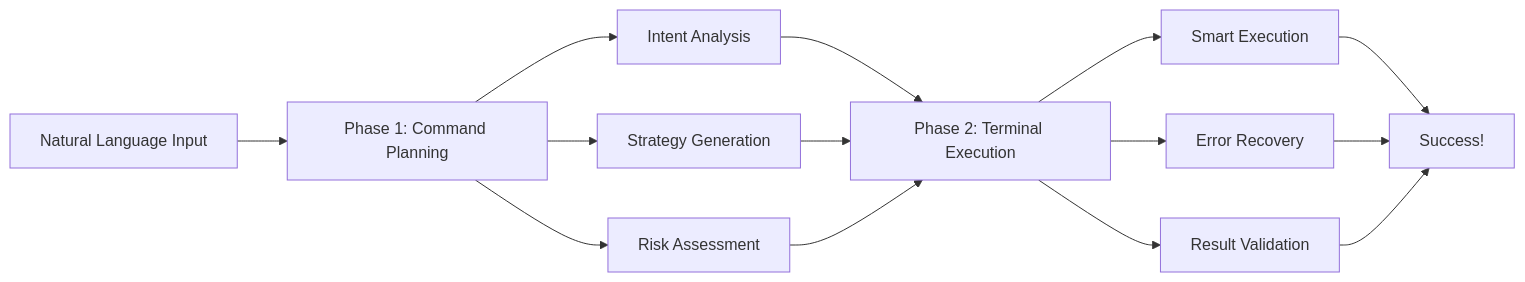
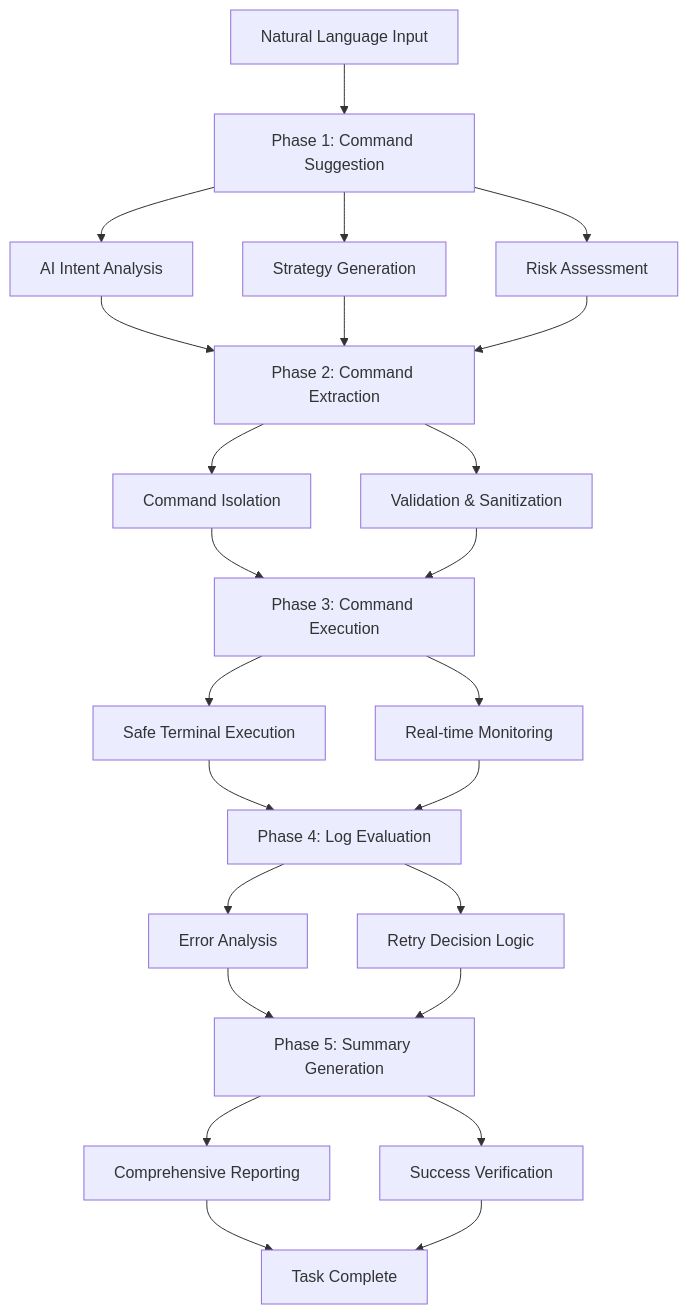
One commit to AInohogosya-team/VEXIS-CLI-1 changed the diagram in README.md. Above: the diagram before and after it, drawn with Mermaid. The commit also changed other lines of this file and 40 other files, not shown here.

````diff
--- a/README.md
+++ b/README.md
@@ -184,16 +216,26 @@
 ```mermaid
-graph LR
-    A[Natural Language Input] --> B[Phase 1: Command Planning]
-    B --> C[Intent Analysis]
+graph TB
+    A[Natural Language Input] --> B[Phase 1: Command Suggestion]
+    B --> C[AI Intent Analysis]
     B --> D[Strategy Generation]
     B --> E[Risk Assessment]
-    C --> F[Phase 2: Terminal Execution]
+    C --> F[Phase 2: Command Extraction]
     D --> F
     E --> F
-    F --> G[Smart Execution]
-    F --> H[Error Recovery]
-    F --> I[Result Validation]
-    G --> J[Success!]
-    H --> J
-    I --> J
+    F --> G[Command Isolation]
+    F --> H[Validation & Sanitization]
+    G --> I[Phase 3: Command Execution]
+    H --> I
+    I --> J[Safe Terminal Execution]
+    I --> K[Real-time Monitoring]
+    J --> L[Phase 4: Log Evaluation]
+    K --> L
+    L --> M[Error Analysis]
+    L --> N[Retry Decision Logic]
+    M --> O[Phase 5: Summary Generation]
+    N --> O
+    O --> P[Comprehensive Reporting]
+    O --> Q[Success Verification]
+    P --> R[Task Complete]
+    Q --> R
 ```
````
